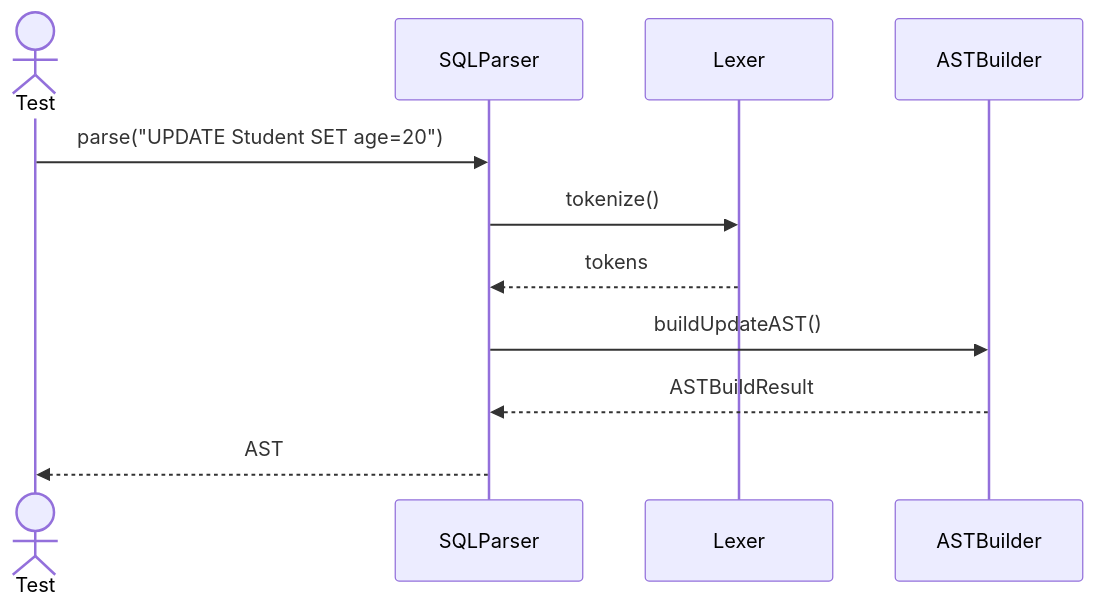
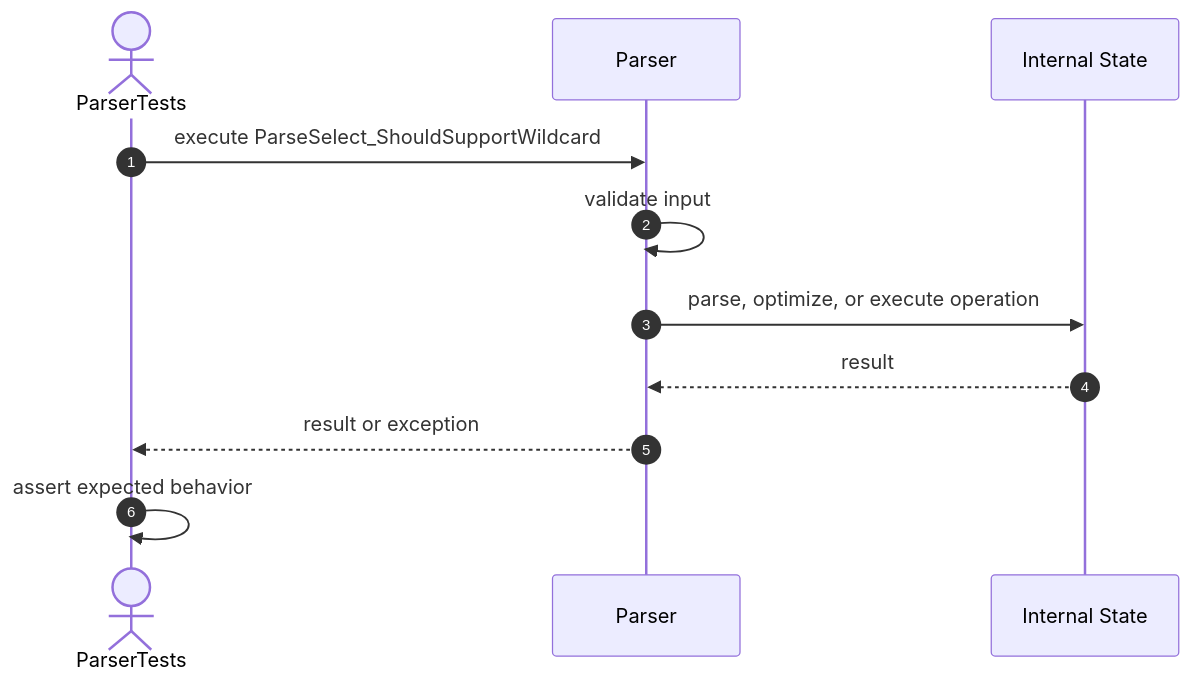
One commit to FhuAnn/-bbv-AN-s-DBMS changed the sixth of 22 diagrams in src/tests/unit/query/sequences/sql-parser-testing.se.md. Above: the diagram before and after it, drawn with Mermaid. The commit also changed other lines of this file and 36 other files, not shown here.

````diff
--- a/src/tests/unit/query/sequences/sql-parser-testing.se.md
+++ b/src/tests/unit/query/sequences/sql-parser-testing.se.md
@@ -80,14 +90,14 @@
 ```mermaid
 sequenceDiagram
-actor Test
-participant SQLParser
-participant Lexer
-participant ASTBuilder
+    autonumber
+    actor Test as ParserTests
+    participant Target as Parser
+    participant Internal as Internal State
 
-Test->>SQLParser: parse("UPDATE Student SET age=20")
-SQLParser->>Lexer: tokenize()
-Lexer-->>SQLParser: tokens
-SQLParser->>ASTBuilder: buildUpdateAST()
-ASTBuilder-->>SQLParser: ASTBuildResult
-SQLParser-->>Test: AST
+    Test->>Target: execute ParseSelect_ShouldSupportWildcard
+    Target->>Target: validate input
+    Target->>Internal: parse, optimize, or execute operation
+    Internal-->>Target: result
+    Target-->>Test: result or exception
+    Test->>Test: assert expected behavior
 ```
````
